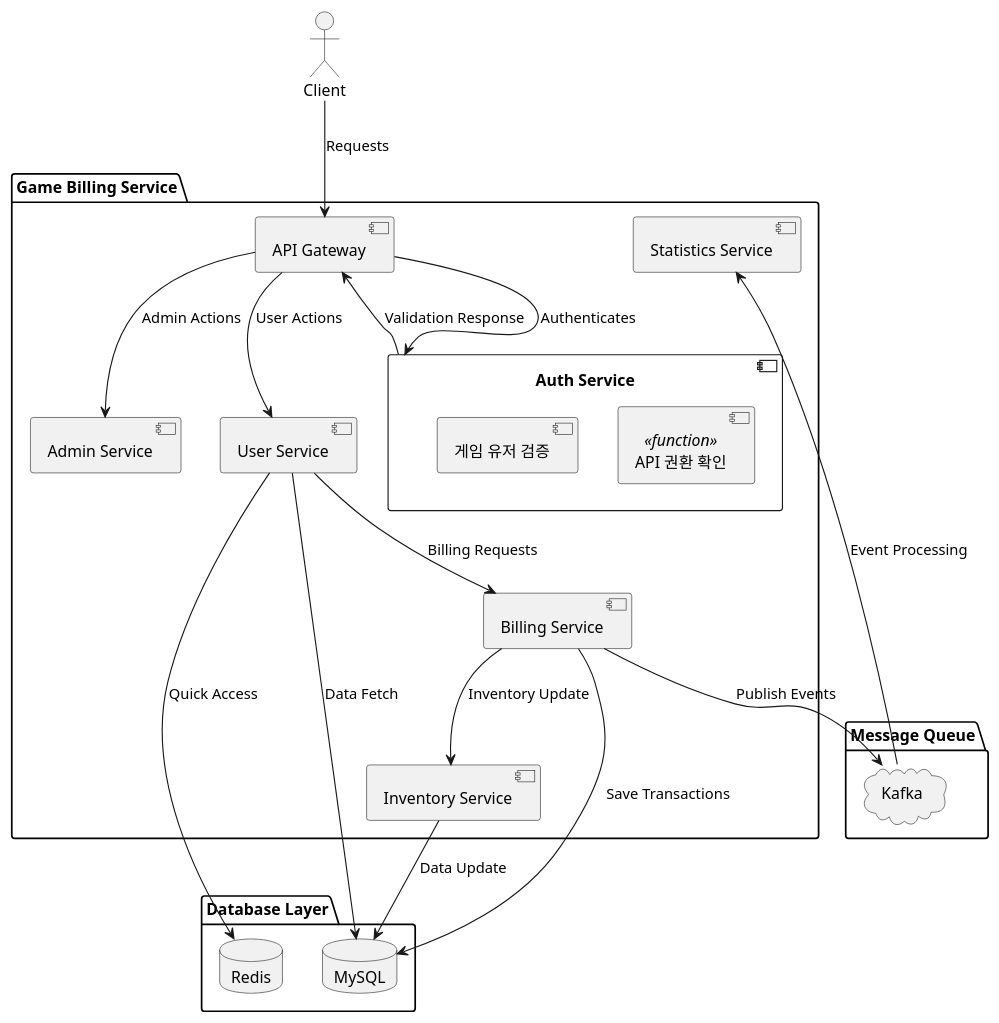
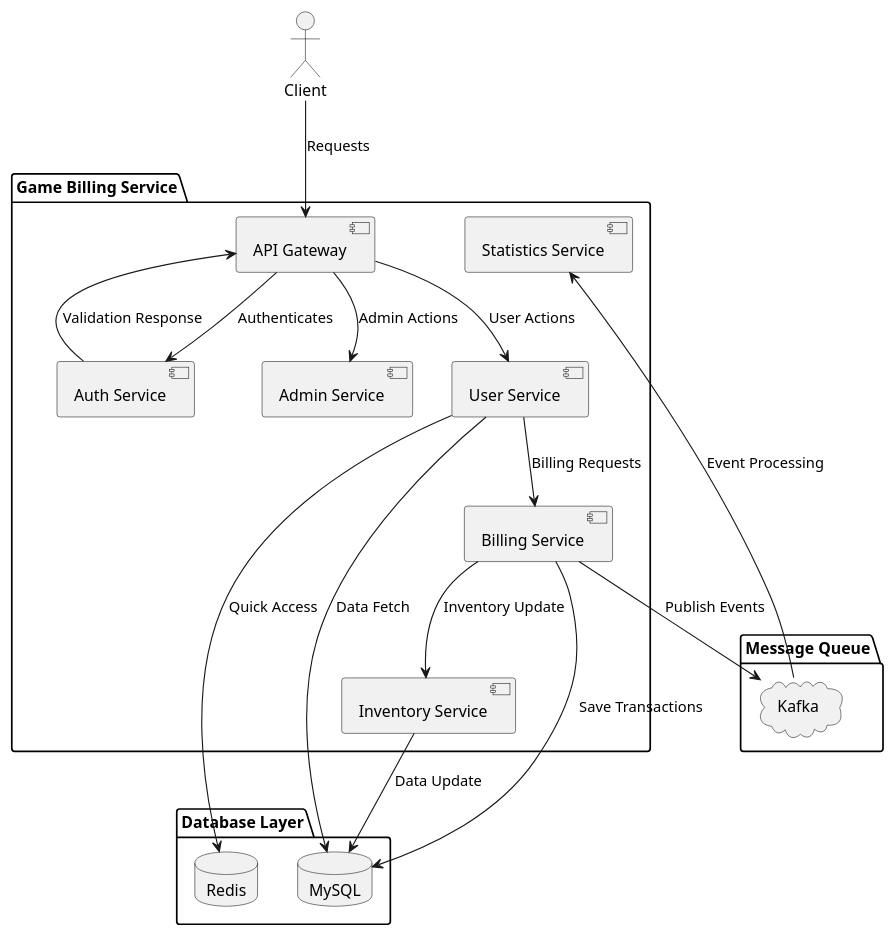
Before and after one commit to Jingon-Park/CodingTest: the diagram in CodeTestPractice/LineGamePlatform.puml, drawn with PlantUML.

Commit message:
Component Must be []

```diff
--- a/CodeTestPractice/LineGamePlatform.puml
+++ b/CodeTestPractice/LineGamePlatform.puml
@@ -1,42 +1,39 @@
 @startuml
 package "Game Billing Service" {
-    component "API Gateway" as Gateway
-    component "Auth Service" as Auth {
-      [API 권환 확인] <<function>>
-      [게임 유저 검증]
-    }
-    component "User Service"  as User
-    component "Admin Service" as Admin
-    component "Billing Service" as Billing
-    component "Inventory Service" as Inventory
-    component "Statistics Service" as Statistics
+    component [API Gateway] as Gateway
+    component [Auth Service] as Auth
+    component [User Service]  as User
+    component [Admin Service] as Admin
+    component [Billing Service] as Billing
+    component [Inventory Service] as Inventory
+    component [Statistics Service] as Statistics
 
 }
 
 package "Database Layer" {
 
   database "MySQL" as DB
   database "Redis" as Cache
-  }
+}
 
 package "Message Queue" {
     cloud "Kafka" as MQ
 }
 
 
 actor Client
 
 Client --> Gateway : Requests
 Gateway --> Auth : Authenticates
 Gateway --> User : User Actions
 Gateway --> Admin : Admin Actions
 Auth --> Gateway : Validation Response
 User --> Billing : Billing Requests
 User --> Cache : Quick Access
 User --> DB : Data Fetch
 Billing --> Inventory : Inventory Update
 Billing --> DB : Save Transactions
 Billing --> MQ : Publish Events
 Inventory --> DB : Data Update
 MQ --> Statistics : Event Processing
 @enduml
```
